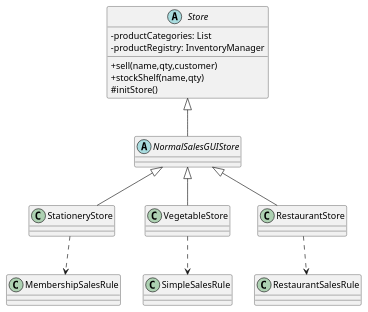
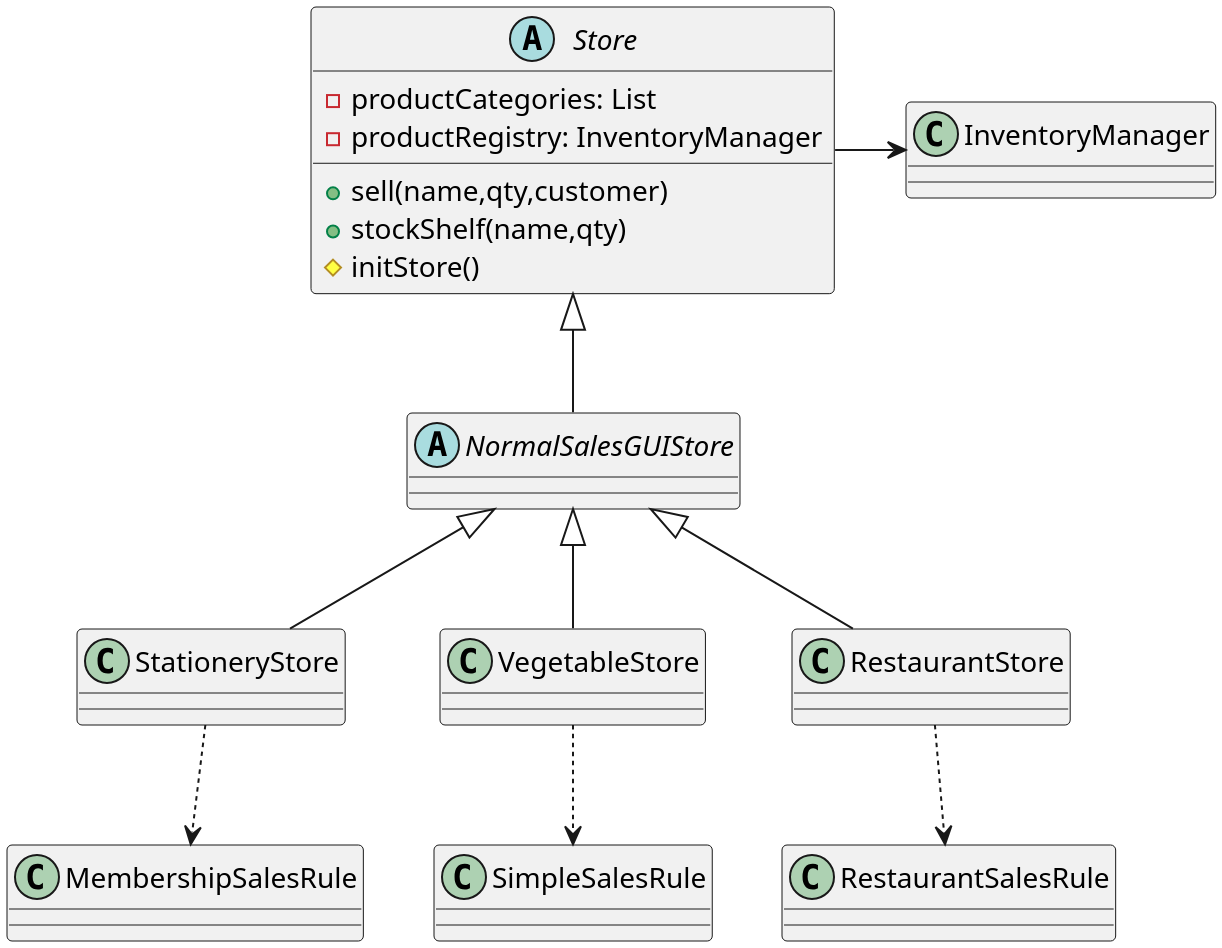
Before and after one commit to Tempest0220/Store-Master: the fourth of 4 diagrams in class diagrams.puml, drawn with PlantUML. The commit also changed other lines of this file and 2 other files, not shown here.

```diff
--- a/class diagrams.puml
+++ b/class diagrams.puml
@@ -147,25 +144,27 @@
 @startuml ConcreteStores
-skinparam classAttributeIconSize 0
+skinparam dpi 300
 
 abstract class Store {
   -productCategories: List
   -productRegistry: InventoryManager
   +sell(name,qty,customer)
   +stockShelf(name,qty)
   #initStore()
 }
+
+Store -> InventoryManager
 
 abstract class NormalSalesGUIStore extends Store
 class StationeryStore
 class VegetableStore
 class RestaurantStore
 
 NormalSalesGUIStore <|-- StationeryStore
 NormalSalesGUIStore <|-- VegetableStore
 NormalSalesGUIStore <|-- RestaurantStore
 
 StationeryStore ..> MembershipSalesRule
 VegetableStore ..> SimpleSalesRule
 RestaurantStore ..> RestaurantSalesRule
 
 @enduml
```
